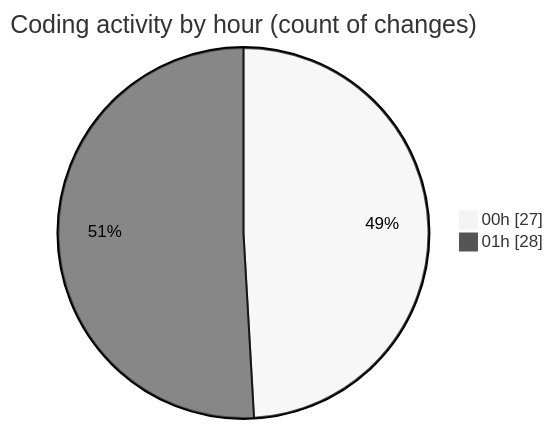
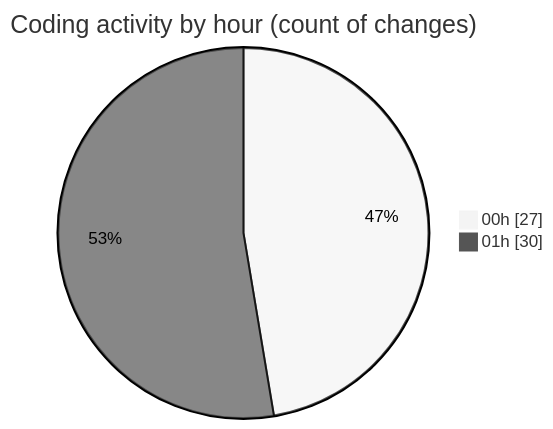
Before and after one commit to lephambinh05/code-tracking: the second of 2 diagrams in 2025-09-03/quytuthien_vn/README.md, drawn with Mermaid (neutral theme). The commit also changed other lines of this file and 1 other file, not shown here.

````diff
--- a/2025-09-03/quytuthien_vn/README.md
+++ b/2025-09-03/quytuthien_vn/README.md
@@ -47,6 +49,6 @@
 ```mermaid
 pie showData
 title Coding activity by hour (count of changes)
 "00h" : 27
-"01h" : 28
+"01h" : 30
 ```
````
